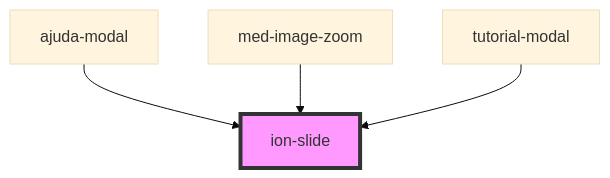
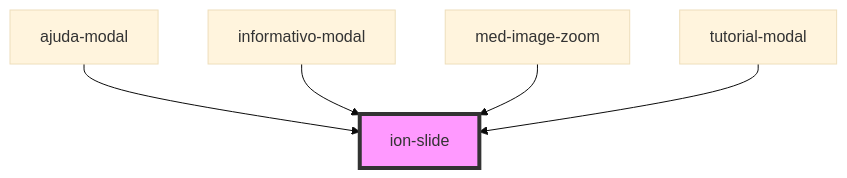
One commit to MEDGRUPOGIT/ionic-framework-1 changed the diagram in core/src/components/slide/readme.md. Above: the diagram before and after it, drawn with Mermaid (base theme). The commit also changed other lines of this file and 16 other files, not shown here.

Commit message:
modal informativo apostila

````diff
--- a/core/src/components/slide/readme.md
+++ b/core/src/components/slide/readme.md
@@ -22,7 +23,8 @@
 ```mermaid
 graph TD;
   ajuda-modal --> ion-slide
+  informativo-modal --> ion-slide
   med-image-zoom --> ion-slide
   tutorial-modal --> ion-slide
   style ion-slide fill:#f9f,stroke:#333,stroke-width:4px
 ```
````
